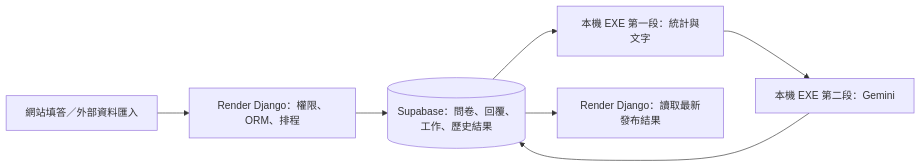
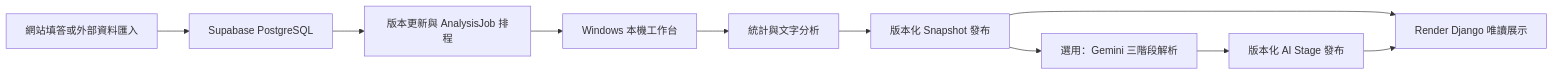
Before and after one commit to arvin85113/feedback-insight-hub-ai: the diagram in README.md, drawn with Mermaid. The commit also changed other lines of this file, not shown here.

````diff
--- a/README.md
+++ b/README.md
@@ -67,9 +20,12 @@
 ```mermaid
 flowchart LR
-    A["網站填答／外部資料匯入"] --> B["Render Django：權限、ORM、排程"]
-    B --> C[("Supabase：問卷、回覆、工作、歷史結果")]
-    C --> D["本機 EXE 第一段：統計與文字"]
-    D --> E["本機 EXE 第二段：Gemini"]
-    E --> C
-    C --> F["Render Django：讀取最新發布結果"]
+    A[網站填答或外部資料匯入] --> B[Supabase PostgreSQL]
+    B --> C[版本更新與 AnalysisJob 排程]
+    C --> D[Windows 本機工作台]
+    D --> E[統計與文字分析]
+    E --> F[版本化 Snapshot 發布]
+    F --> G[選用：Gemini 三階段解析]
+    G --> H[版本化 AI Stage 發布]
+    F --> I[Render Django 唯讀展示]
+    H --> I
 ```
````
